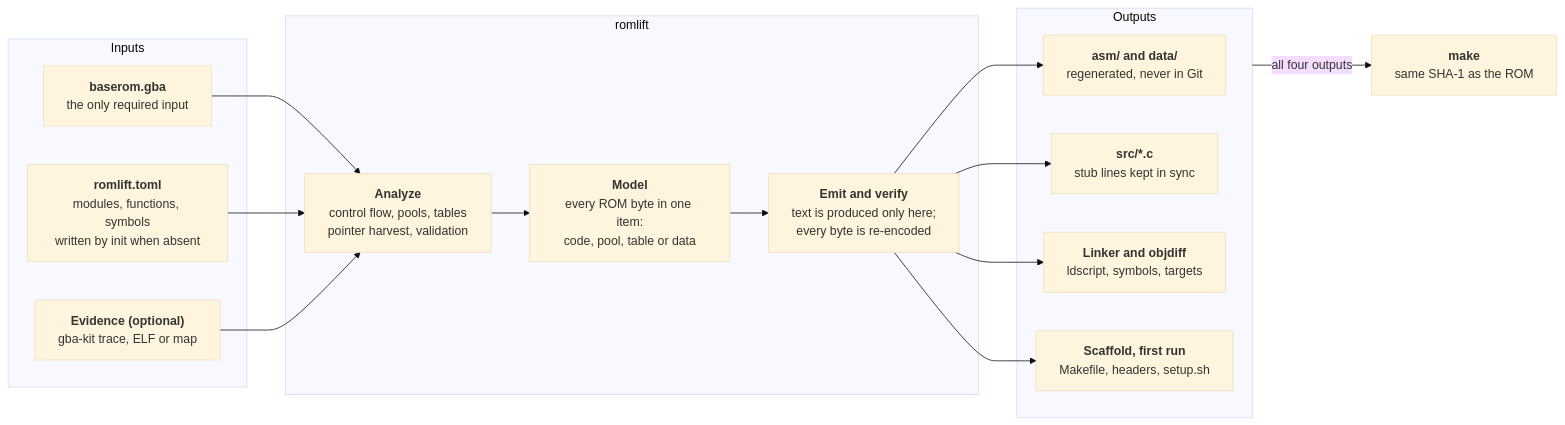
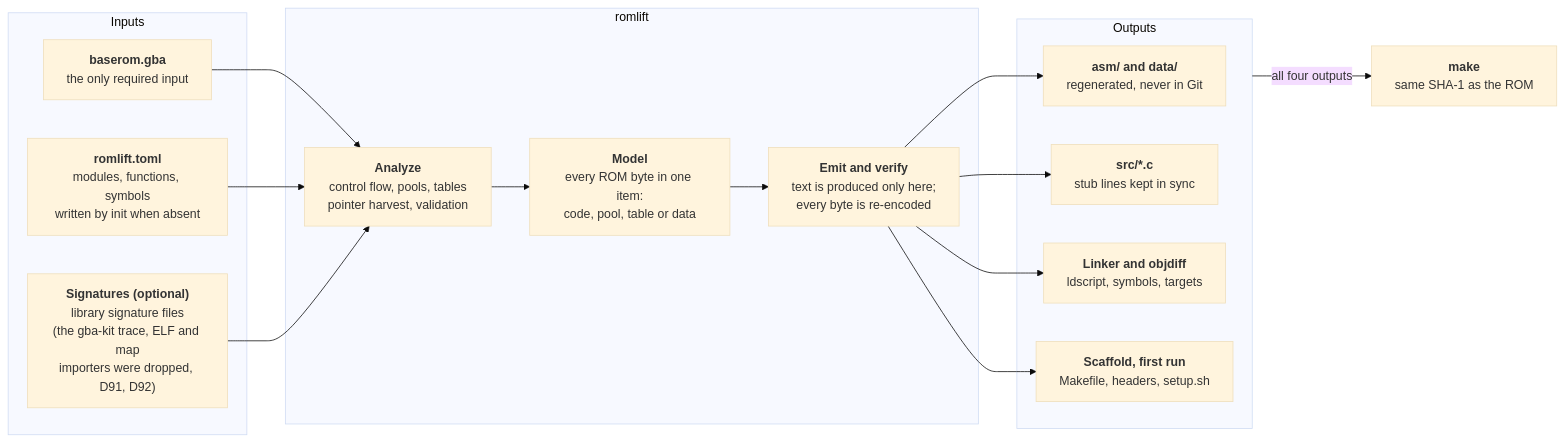
One commit to macabeus/romlift changed the first of 3 diagrams in docs/plan.md. Above: the diagram before and after it, drawn with Mermaid (base theme). The commit also changed other lines of this file and 7 other files, not shown here.

````diff
--- a/docs/plan.md
+++ b/docs/plan.md
@@ -13,29 +15,29 @@
 ```mermaid
 flowchart LR
   subgraph Inputs
     rom["<b>baserom.gba</b><br/>the only required input"]
     toml["<b>romlift.toml</b><br/>modules, functions, symbols<br/>written by init when absent"]
-    ev["<b>Evidence (optional)</b><br/>gba-kit trace, ELF or map"]
+    ev["<b>Signatures (optional)</b><br/>library signature files<br/>(the gba-kit trace, ELF and map<br/>importers were dropped, D91, D92)"]
   end
   subgraph romlift
     analyze["<b>Analyze</b><br/>control flow, pools, tables<br/>pointer harvest, validation"]
     model["<b>Model</b><br/>every ROM byte in one item:<br/>code, pool, table or data"]
     emit["<b>Emit and verify</b><br/>text is produced only here;<br/>every byte is re-encoded"]
   end
   subgraph Outputs
     asm["<b>asm/ and data/</b><br/>regenerated, never in Git"]
     src["<b>src/*.c</b><br/>stub lines kept in sync"]
     linker["<b>Linker and objdiff</b><br/>ldscript, symbols, targets"]
     scaffold["<b>Scaffold, first run</b><br/>Makefile, headers, setup.sh"]
   end
   make["<b>make</b><br/>same SHA-1 as the ROM"]
   rom --> analyze
   toml --> analyze
   ev --> analyze
   analyze --> model --> emit
   emit --> asm
   emit --> src
   emit --> linker
   emit --> scaffold
   Outputs -- all four outputs --> make
 ```
````
